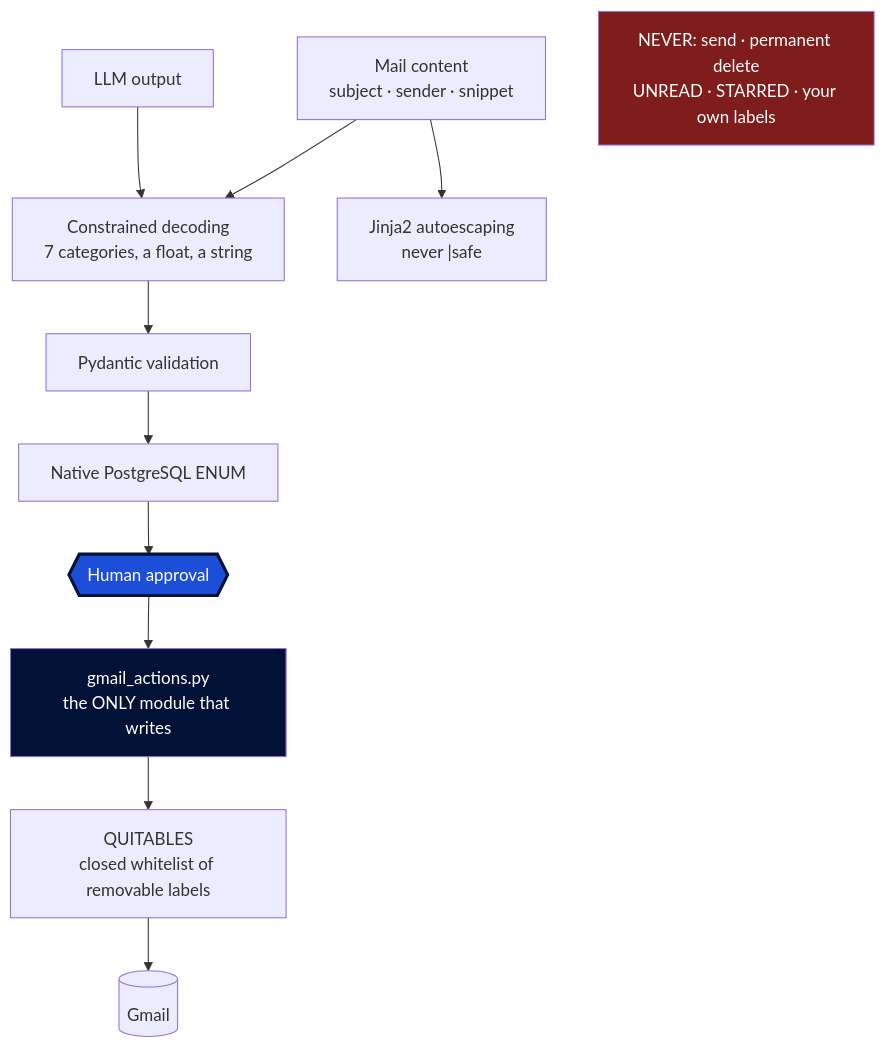
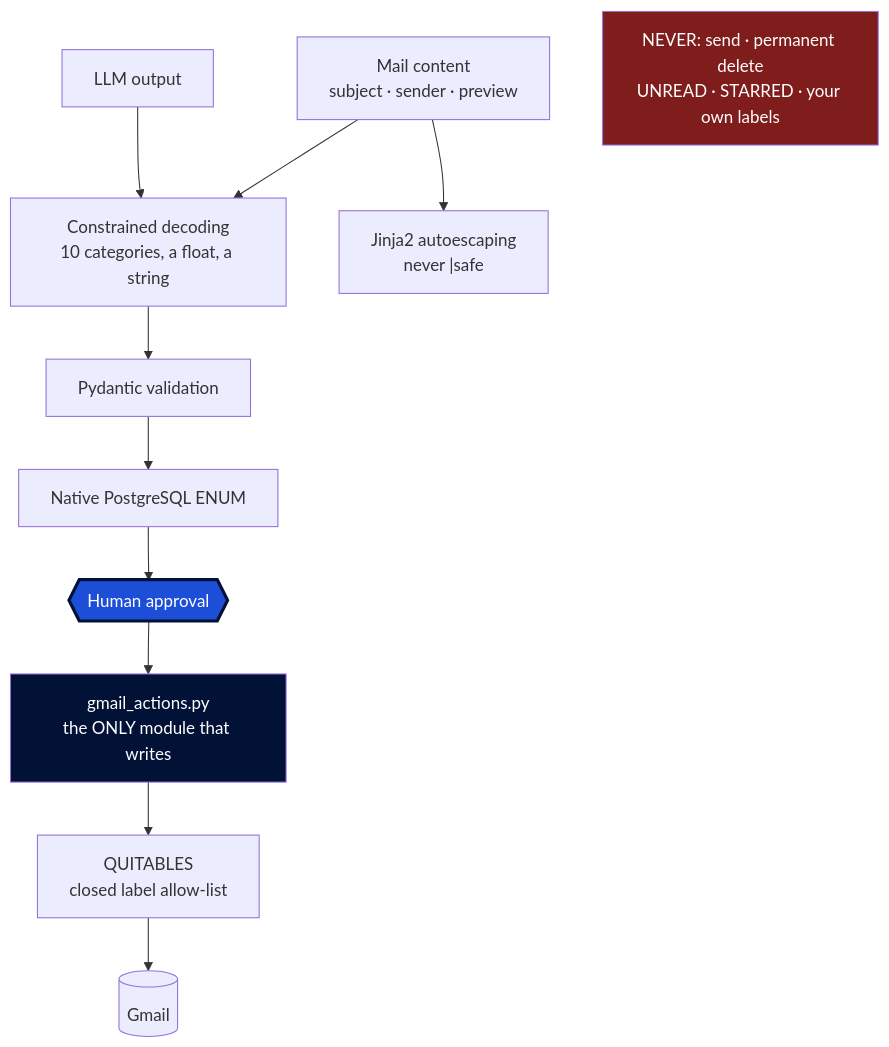
Before and after one commit to abrilespinosa/mailpilot: the second of 2 diagrams in README.md, drawn with Mermaid. The commit also changed other lines of this file and 2 other files, not shown here.

````diff
--- a/README.md
+++ b/README.md
@@ -109,19 +99,19 @@
 ```mermaid
 flowchart TB
-    MAIL["Mail content<br/>subject · sender · snippet"] --> SCHEMA
-    LLM["LLM output"] --> SCHEMA["Constrained decoding<br/>7 categories, a float, a string"]
+    MAIL["Mail content<br/>subject · sender · preview"] --> SCHEMA
+    LLM["LLM output"] --> SCHEMA["Constrained decoding<br/>10 categories, a float, a string"]
     SCHEMA --> PYD["Pydantic validation"]
     PYD --> ENUM["Native PostgreSQL ENUM"]
     MAIL --> ESC["Jinja2 autoescaping<br/>never |safe"]
 
     ENUM --> HUMAN{{"Human approval"}}
     HUMAN --> ONE["gmail_actions.py<br/>the ONLY module that writes"]
-    ONE --> WL["QUITABLES<br/>closed whitelist of removable labels"]
+    ONE --> WL["QUITABLES<br/>closed label allow-list"]
     WL --> GMAIL[("Gmail")]
 
     NEVER["NEVER: send · permanent delete<br/>UNREAD · STARRED · your own labels"]
 
     style HUMAN fill:#1D4ED8,color:#fff,stroke:#021237,stroke-width:3px
     style NEVER fill:#7f1d1d,color:#fff
     style ONE fill:#021237,color:#fff
 ```
````
